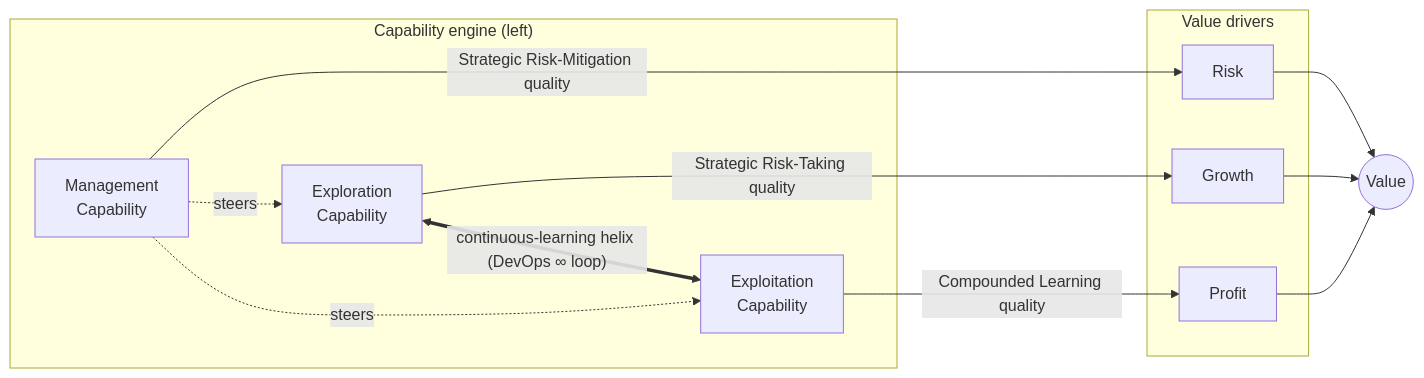
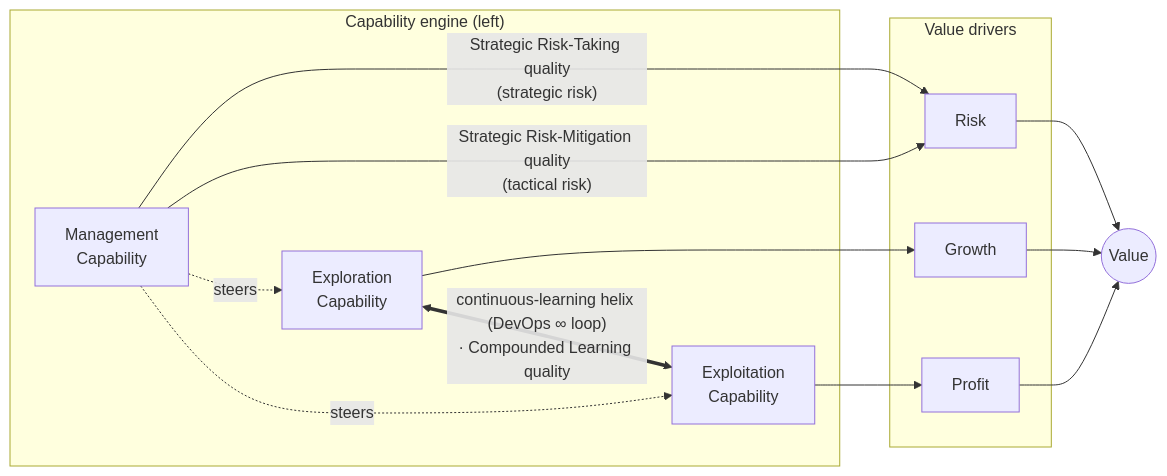
Before and after one commit to businessdatasolutions/cmr-wiki: the diagram in wiki/concepts/cmr-framework.md, drawn with Mermaid. The commit also changed other lines of this file, not shown here.

First line of the commit message:
fix(cmr-framework): correct risk ownership + clarify capability→driver outcomes

````diff
--- a/wiki/concepts/cmr-framework.md
+++ b/wiki/concepts/cmr-framework.md
@@ -48,25 +48,26 @@
 ```mermaid
 flowchart LR
   subgraph ENGINE["Capability engine (left)"]
     EXPL["Exploration<br/>Capability"]
     EXPT["Exploitation<br/>Capability"]
     MGMT["Management<br/>Capability"]
   end
   subgraph DRIVERS["Value drivers"]
     GROW["Growth"]
     PROF["Profit"]
     RISK["Risk"]
   end
   VAL(("Value"))
 
-  EXPL -- "Strategic Risk-Taking quality" --> GROW
-  EXPT -- "Compounded Learning quality" --> PROF
-  MGMT -- "Strategic Risk-Mitigation quality" --> RISK
+  EXPL --> GROW
+  EXPT --> PROF
+  MGMT -- "Strategic Risk-Taking quality<br/>(strategic risk)" --> RISK
+  MGMT -- "Strategic Risk-Mitigation quality<br/>(tactical risk)" --> RISK
   MGMT -.->|steers| EXPL
   MGMT -.->|steers| EXPT
   GROW --> VAL
   PROF --> VAL
   RISK --> VAL
 
-  EXPL <== "continuous-learning helix (DevOps ∞ loop)" ==> EXPT
+  EXPL <== "continuous-learning helix (DevOps ∞ loop)<br/>· Compounded Learning quality" ==> EXPT
 ```
````
